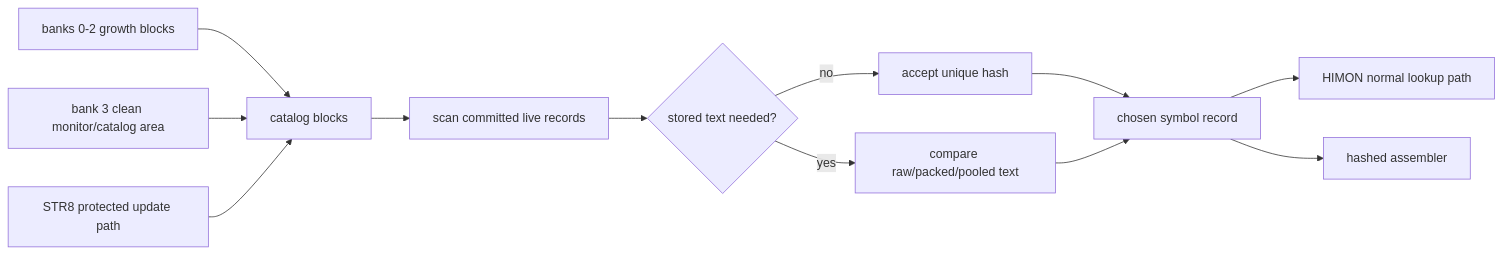
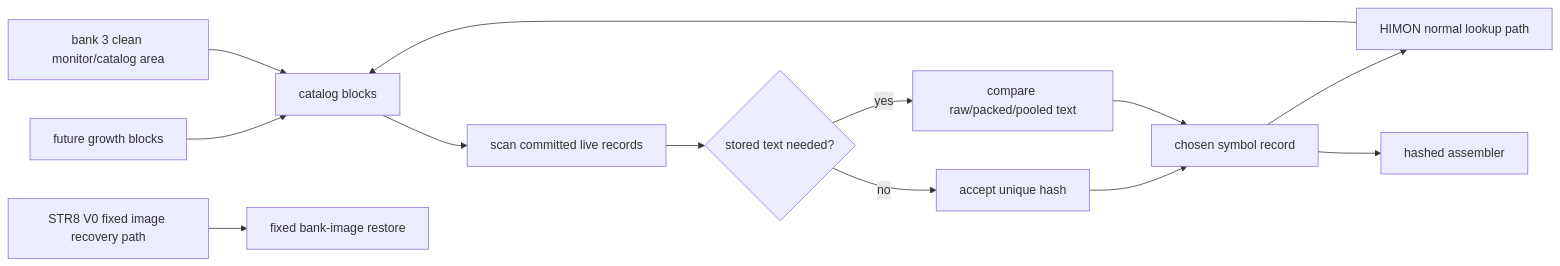
Before and after one commit to 95westus/R-YORS: the fifth of 5 diagrams in DOC/GUIDES/HASHED_ASM.md, drawn with Mermaid. The commit also changed other lines of this file and 16 other files, not shown here.

````diff
--- a/DOC/GUIDES/HASHED_ASM.md
+++ b/DOC/GUIDES/HASHED_ASM.md
@@ -366,19 +366,20 @@
 ```mermaid
 flowchart LR
-    B0[banks 0-2 growth blocks]
+    B0[future growth blocks]
     B3[bank 3 clean monitor/catalog area]
-    STR8[STR8 protected update path]
+    STR8[STR8 V0 fixed image recovery path]
     HIMON[HIMON normal lookup path]
 
     B0 --> CATBLOCKS[catalog blocks]
     B3 --> CATBLOCKS
-    STR8 --> CATBLOCKS
+    HIMON --> CATBLOCKS
+    STR8 --> BANKIMG[fixed bank-image restore]
     CATBLOCKS --> SCAN[scan committed live records]
     SCAN --> NAMEPROOF{stored text needed?}
     NAMEPROOF -->|no| HASHONLY[accept unique hash]
     NAMEPROOF -->|yes| TEXT[compare raw/packed/pooled text]
     HASHONLY --> CHOSEN[chosen symbol record]
     TEXT --> CHOSEN
     CHOSEN --> HIMON
     CHOSEN --> ASM[hashed assembler]
 ```
````
